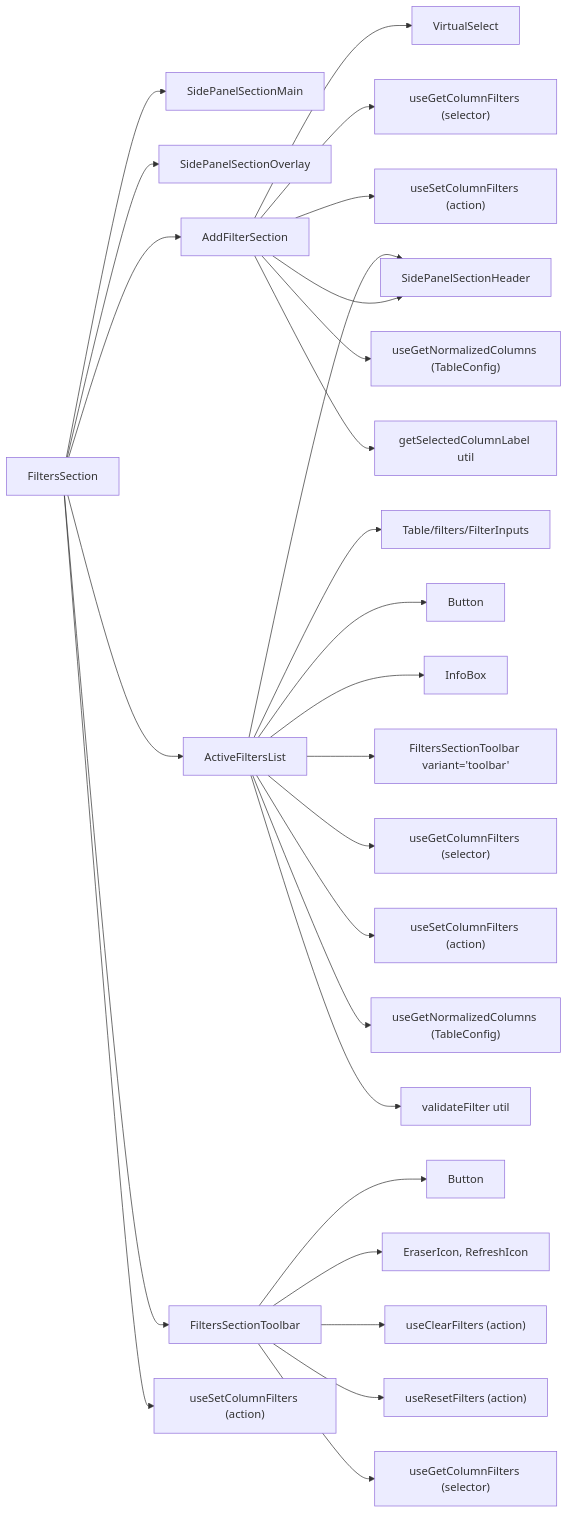
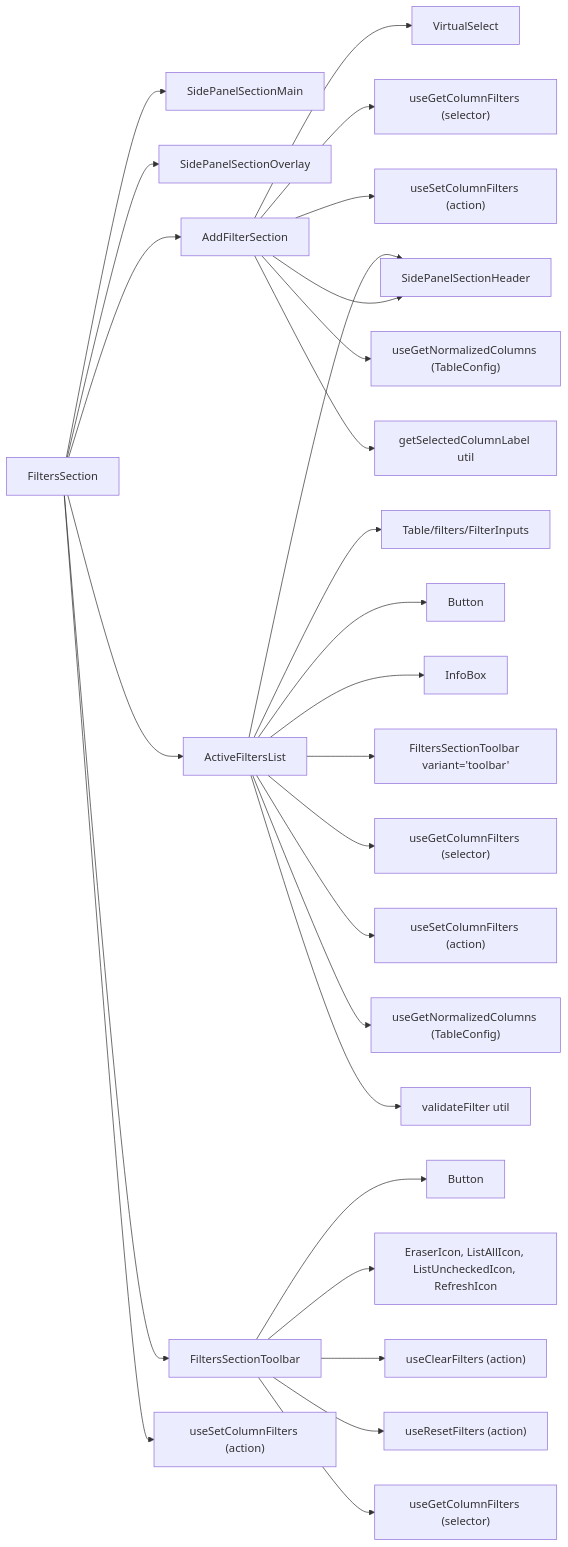
The first of 2 diagrams in apps/react-router/src/components/Table/TableSettingsDrawer/FiltersSection/ARCHITECTURE.md (luciocabrera/lcabrera-stack), drawn with Mermaid before and after one commit. The commit also changed other lines of this file and 6 other files, not shown here.

````diff
--- a/apps/react-router/src/components/Table/TableSettingsDrawer/FiltersSection/ARCHITECTURE.md
+++ b/apps/react-router/src/components/Table/TableSettingsDrawer/FiltersSection/ARCHITECTURE.md
@@ -38,33 +38,33 @@
 ```mermaid
 graph LR
   FS["FiltersSection"] --> SidePanelSectionMain
   FS --> SidePanelSectionOverlay
   FS --> AddFilter["AddFilterSection"]
   FS --> ActiveFilters["ActiveFiltersList"]
   FS --> FSToolbar["FiltersSectionToolbar"]
 
   FS --> useSetColumnFilters["useSetColumnFilters (action)"]
 
   AddFilter --> VirtualSelect
   AddFilter --> SidePanelSectionHeader
   AddFilter --> useGetColumnFilters["useGetColumnFilters (selector)"]
   AddFilter --> useSetColumnFilters2["useSetColumnFilters (action)"]
   AddFilter --> useGetNormalizedColumns["useGetNormalizedColumns (TableConfig)"]
   AddFilter --> getSelectedColumnLabel["getSelectedColumnLabel util"]
 
   ActiveFilters --> SidePanelSectionHeader
   ActiveFilters --> FilterInputs["Table/filters/FilterInputs"]
   ActiveFilters --> Button
   ActiveFilters --> InfoBox
   ActiveFilters --> FSToolbar2["FiltersSectionToolbar variant='toolbar'"]
   ActiveFilters --> useGetColumnFilters2["useGetColumnFilters (selector)"]
   ActiveFilters --> useSetColumnFilters3["useSetColumnFilters (action)"]
   ActiveFilters --> useGetNormalizedColumns2["useGetNormalizedColumns (TableConfig)"]
   ActiveFilters --> validateFilter["validateFilter util"]
 
   FSToolbar --> Button2["Button"]
-  FSToolbar --> Icons["EraserIcon, RefreshIcon"]
+  FSToolbar --> Icons["EraserIcon, ListAllIcon, ListUncheckedIcon, RefreshIcon"]
   FSToolbar --> useClearFilters["useClearFilters (action)"]
   FSToolbar --> useResetFilters["useResetFilters (action)"]
   FSToolbar --> useGetColumnFilters3["useGetColumnFilters (selector)"]
 ```
````
